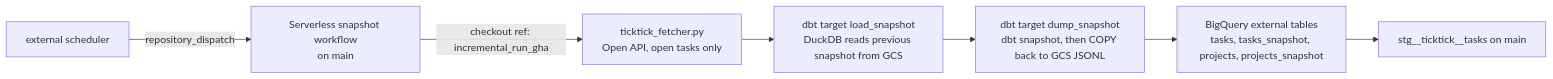
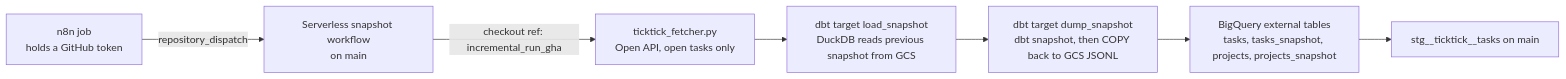
The diagram in docs/architecture/legacy-v1-snapshot.md (luutuankiet/life_admin_dbt), drawn with Mermaid before and after one commit. The commit also changed other lines of this file and 10 other files, not shown here.

````diff
--- a/docs/architecture/legacy-v1-snapshot.md
+++ b/docs/architecture/legacy-v1-snapshot.md
@@ -21,9 +21,9 @@
 ```mermaid
 flowchart LR
-  X[external scheduler] -->|repository_dispatch| W[Serverless snapshot workflow<br/>on main]
+  X[n8n job<br/>holds a GitHub token] -->|repository_dispatch| W[Serverless snapshot workflow<br/>on main]
   W -->|checkout ref: incremental_run_gha| F[ticktick_fetcher.py<br/>Open API, open tasks only]
   F --> L[dbt target load_snapshot<br/>DuckDB reads previous snapshot from GCS]
   L --> D[dbt target dump_snapshot<br/>dbt snapshot, then COPY back to GCS JSONL]
   D --> BQ[BigQuery external tables<br/>tasks, tasks_snapshot, projects, projects_snapshot]
   BQ --> STG[stg__ticktick__tasks on main]
 ```
````
